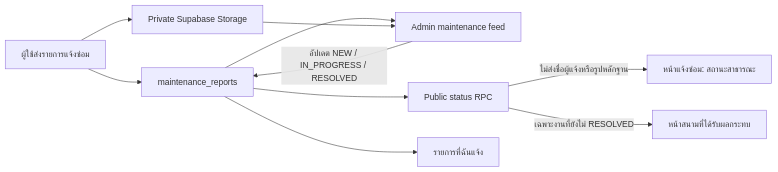
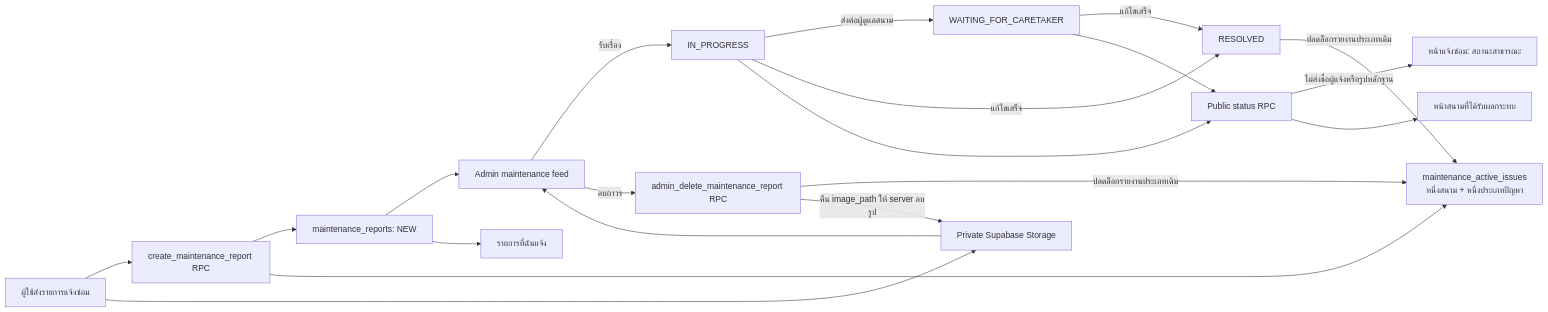
One commit to Nokpednam/MeQ-web-app changed the diagram in docs/diagrams/maintenance-status-flow.md. Above: the diagram before and after it, drawn with Mermaid. The commit also changed other lines of this file and 23 other files, not shown here.

First line of the commit message:
feat: complete maintenance report workflow

````diff
--- a/docs/diagrams/maintenance-status-flow.md
+++ b/docs/diagrams/maintenance-status-flow.md
@@ -3,12 +3,22 @@
 ```mermaid
 flowchart LR
-    U["ผู้ใช้ส่งรายการแจ้งซ่อม"] --> R["maintenance_reports"]
+    U["ผู้ใช้ส่งรายการแจ้งซ่อม"] --> T["create_maintenance_report RPC"]
+    T --> R["maintenance_reports: NEW"]
+    T --> D["maintenance_active_issues<br/>หนึ่งสนาม + หนึ่งประเภทปัญหา"]
     U --> S["Private Supabase Storage"]
     R --> A["Admin maintenance feed"]
     S --> A
-    A -->|"อัปเดต NEW / IN_PROGRESS / RESOLVED"| R
-    R --> P["Public status RPC"]
+    A -->|"รับเรื่อง"| I["IN_PROGRESS"]
+    I -->|"ส่งต่อผู้ดูแลสนาม"| W["WAITING_FOR_CARETAKER"]
+    I -->|"แก้ไขเสร็จ"| X["RESOLVED"]
+    W -->|"แก้ไขเสร็จ"| X
+    X -->|"ปลดล็อกรายงานประเภทเดิม"| D
+    I --> P["Public status RPC"]
+    W --> P
     P -->|"ไม่ส่งชื่อผู้แจ้งหรือรูปหลักฐาน"| M["หน้าแจ้งซ่อม: สถานะสาธารณะ"]
-    P -->|"เฉพาะงานที่ยังไม่ RESOLVED"| C["หน้าสนามที่ได้รับผลกระทบ"]
+    P --> C["หน้าสนามที่ได้รับผลกระทบ"]
     R --> O["รายการที่ฉันแจ้ง"]
+    A -->|"ลบถาวร"| DEL["admin_delete_maintenance_report RPC"]
+    DEL -->|"ปลดล็อกรายงานประเภทเดิม"| D
+    DEL -->|"คืน image_path ให้ server ลบรูป"| S
 ```
````
